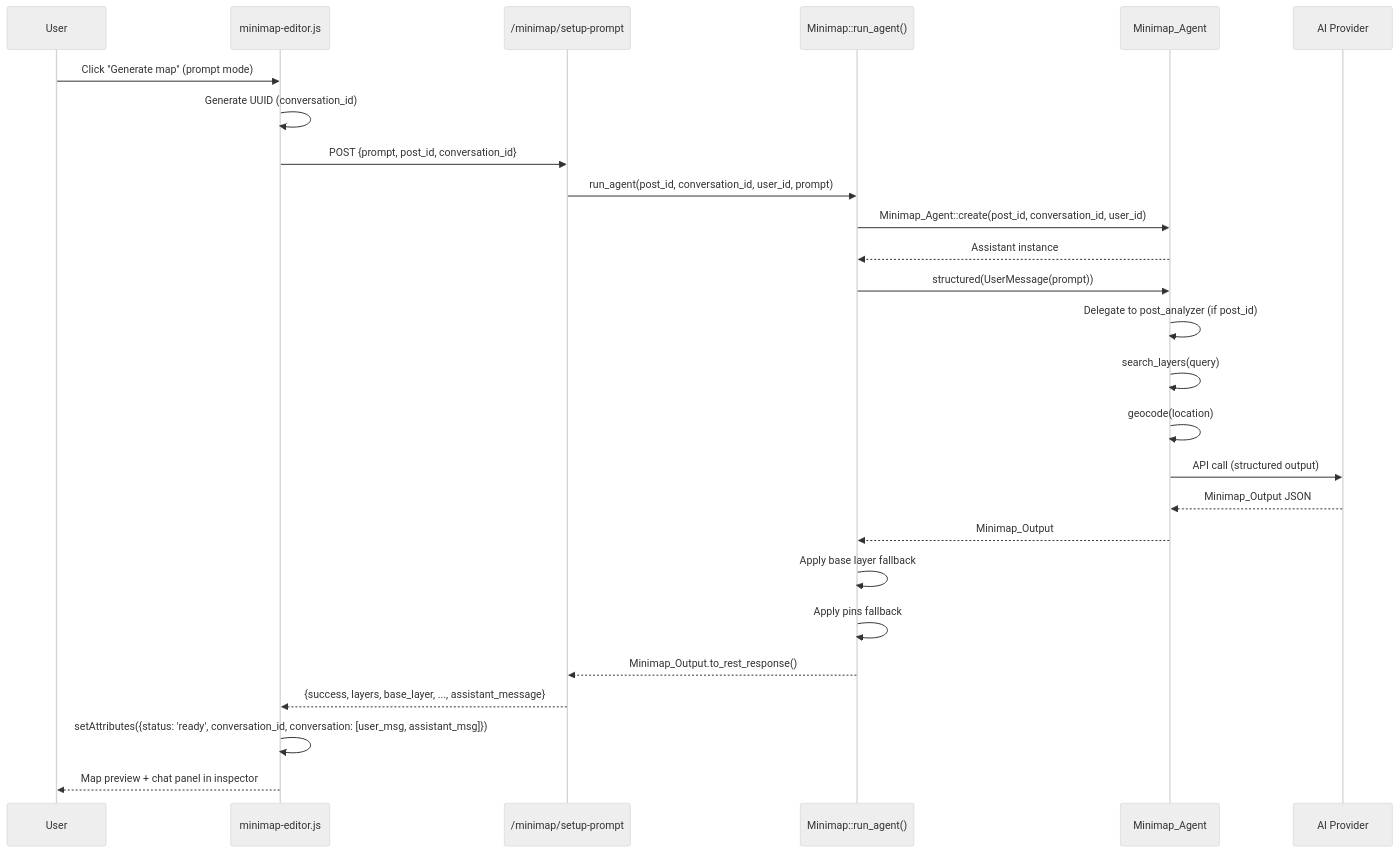
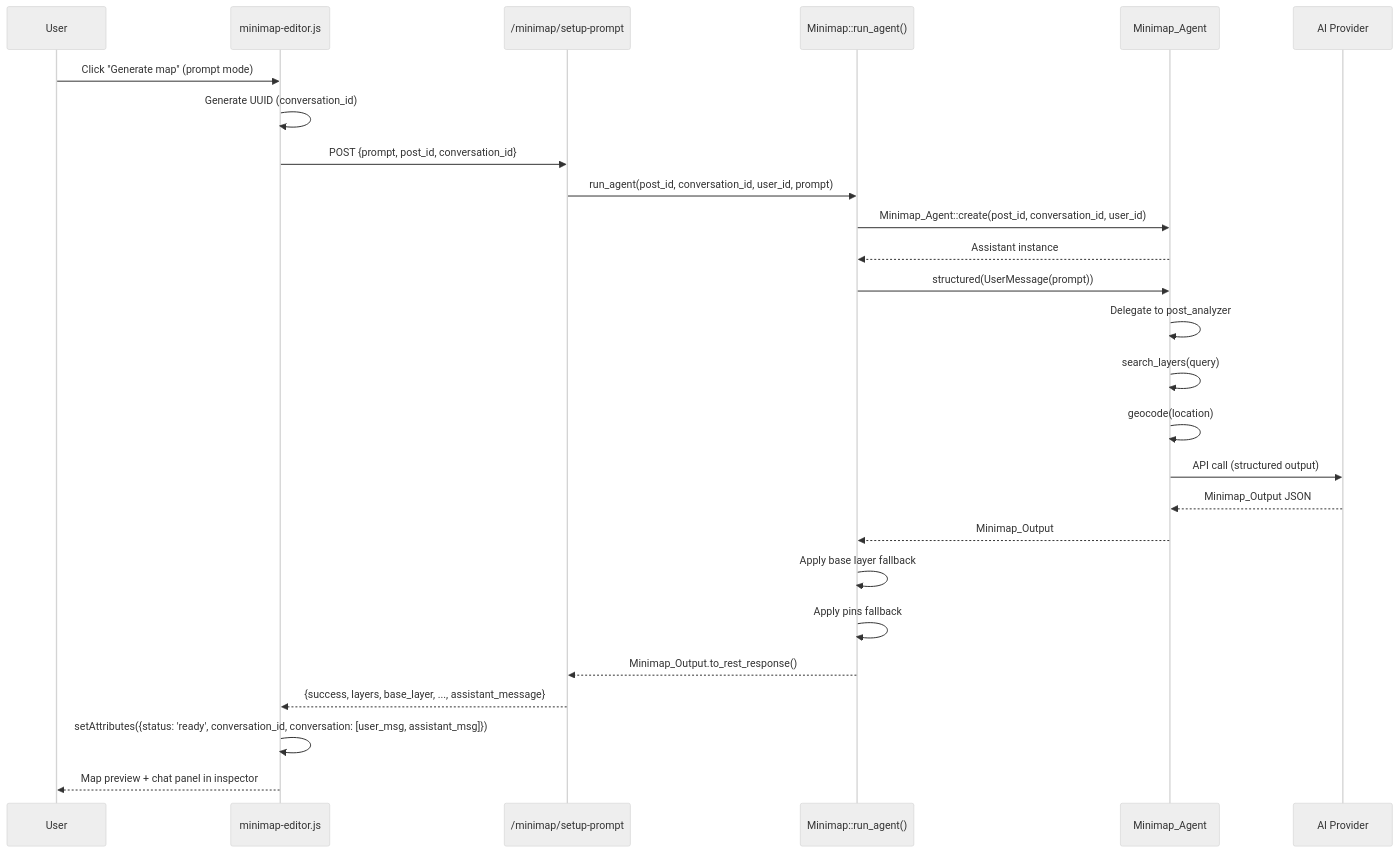
The sixth of 7 diagrams in .architecture/minimap/README.md (InfoAmazonia/jeo-plugin), drawn with Mermaid (neutral theme) before and after one commit. The commit also changed other lines of this file and 2 other files, not shown here.

Commit message:
Make post ID required for prompt-based minimaps

````diff
--- a/.architecture/minimap/README.md
+++ b/.architecture/minimap/README.md
@@ -317,29 +317,29 @@
 ```mermaid
 sequenceDiagram
     participant U as User
     participant E as minimap-editor.js
     participant R as /minimap/setup-prompt
     participant M as Minimap::run_agent()
     participant A as Minimap_Agent
     participant LLM as AI Provider
 
     U->>E: Click "Generate map" (prompt mode)
     E->>E: Generate UUID (conversation_id)
     E->>R: POST {prompt, post_id, conversation_id}
     R->>M: run_agent(post_id, conversation_id, user_id, prompt)
     M->>A: Minimap_Agent::create(post_id, conversation_id, user_id)
     A-->>M: Assistant instance
     M->>A: structured(UserMessage(prompt))
-    A->>A: Delegate to post_analyzer (if post_id)
+    A->>A: Delegate to post_analyzer
     A->>A: search_layers(query)
     A->>A: geocode(location)
     A->>LLM: API call (structured output)
     LLM-->>A: Minimap_Output JSON
     A-->>M: Minimap_Output
     M->>M: Apply base layer fallback
     M->>M: Apply pins fallback
     M-->>R: Minimap_Output.to_rest_response()
     R-->>E: {success, layers, base_layer, ..., assistant_message}
     E->>E: setAttributes({status: 'ready', conversation_id, conversation: [user_msg, assistant_msg]})
     E-->>U: Map preview + chat panel in inspector
 ```
````
